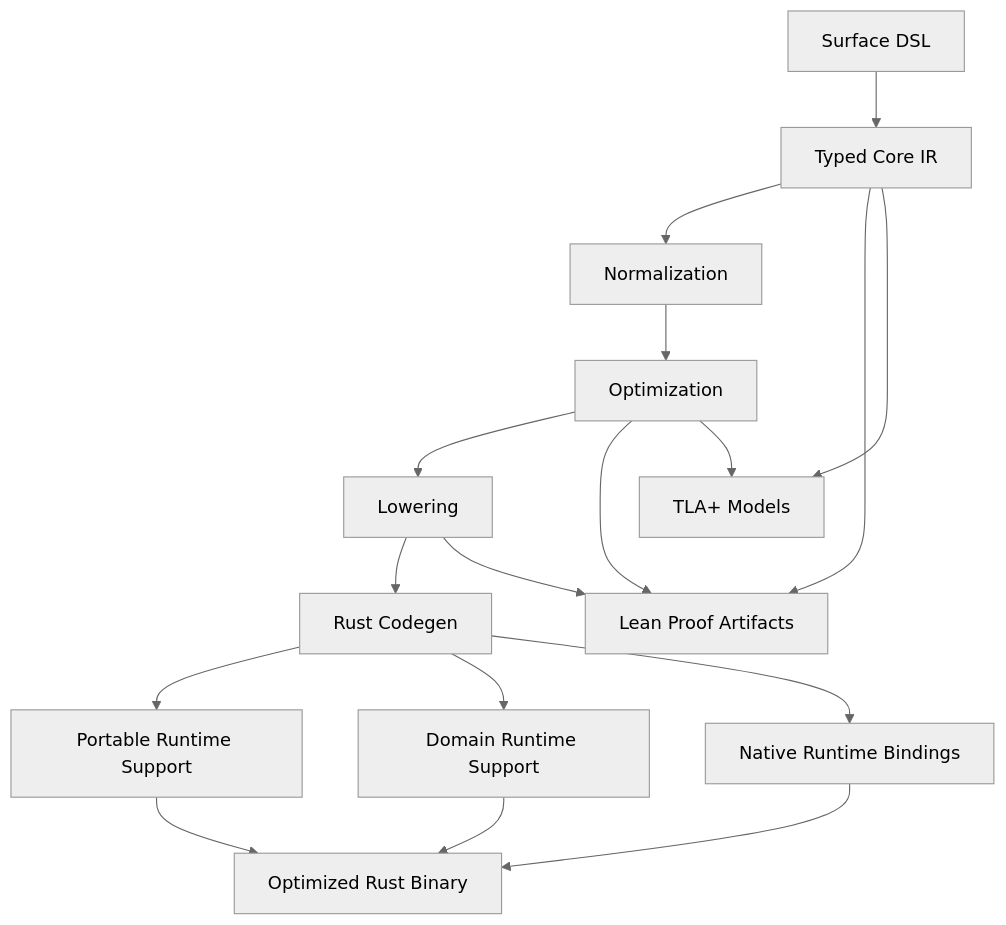
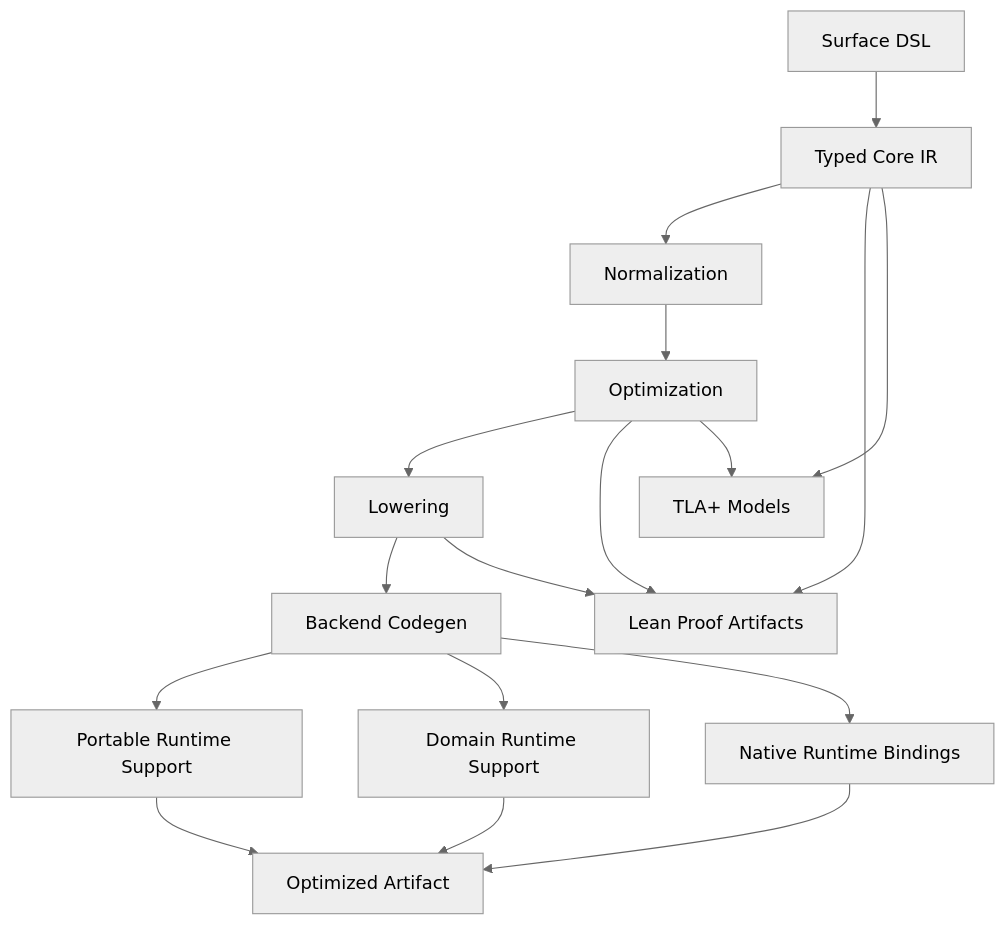
Before and after one commit to Tuee22/effectful: the first of 24 diagrams in documents/dsl/dsl_compiler_morphology.md, drawn with Mermaid (neutral theme). The commit also changed other lines of this file and 8 other files, not shown here.

````diff
--- a/documents/dsl/dsl_compiler_morphology.md
+++ b/documents/dsl/dsl_compiler_morphology.md
@@ -121,20 +135,20 @@
 ```mermaid
 flowchart TD
     A[Surface DSL] --> B[Typed Core IR]
     B --> C[Normalization]
     C --> D[Optimization]
     D --> E[Lowering]
-    E --> F[Rust Codegen]
+    E --> F[Backend Codegen]
     F --> G[Portable Runtime Support]
     F --> H[Domain Runtime Support]
     F --> I[Native Runtime Bindings]
-    G --> J[Optimized Rust Binary]
+    G --> J[Optimized Artifact]
     H --> J
     I --> J
 
     B --> K[Lean Proof Artifacts]
     B --> L[TLA+ Models]
     D --> K
     D --> L
     E --> K
 ```
````
